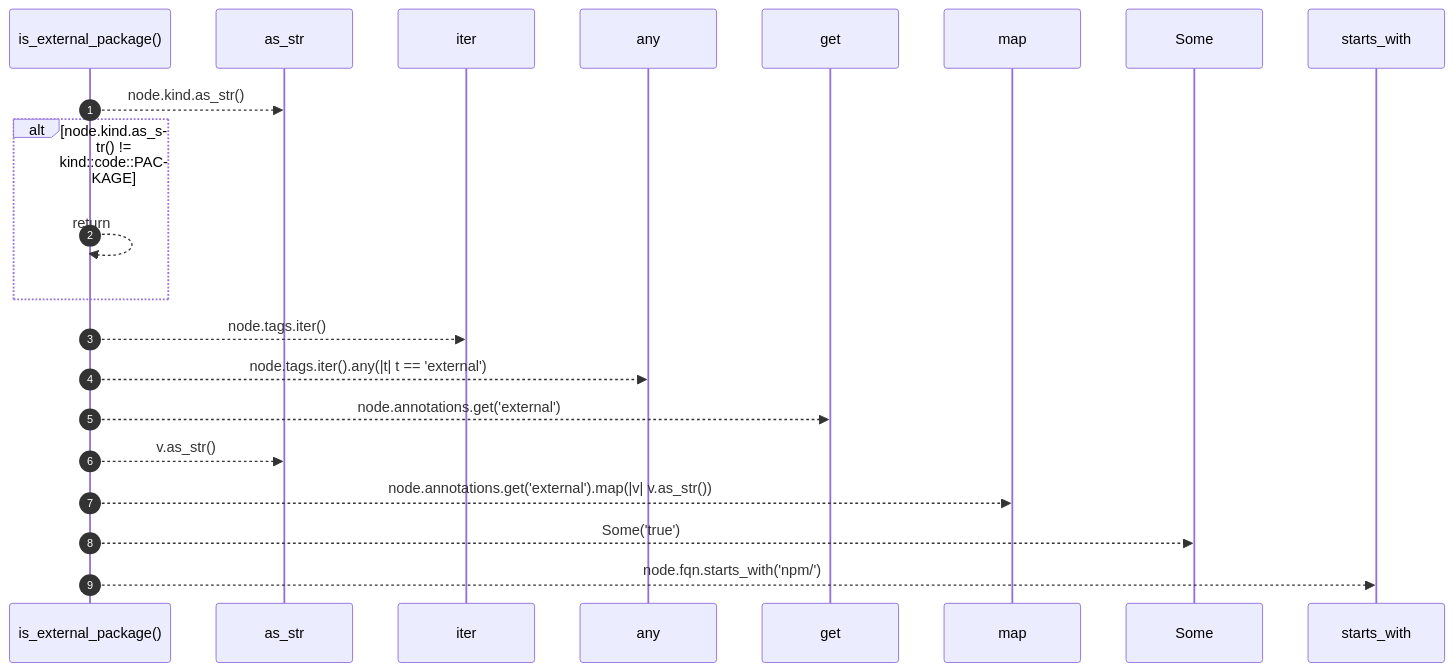
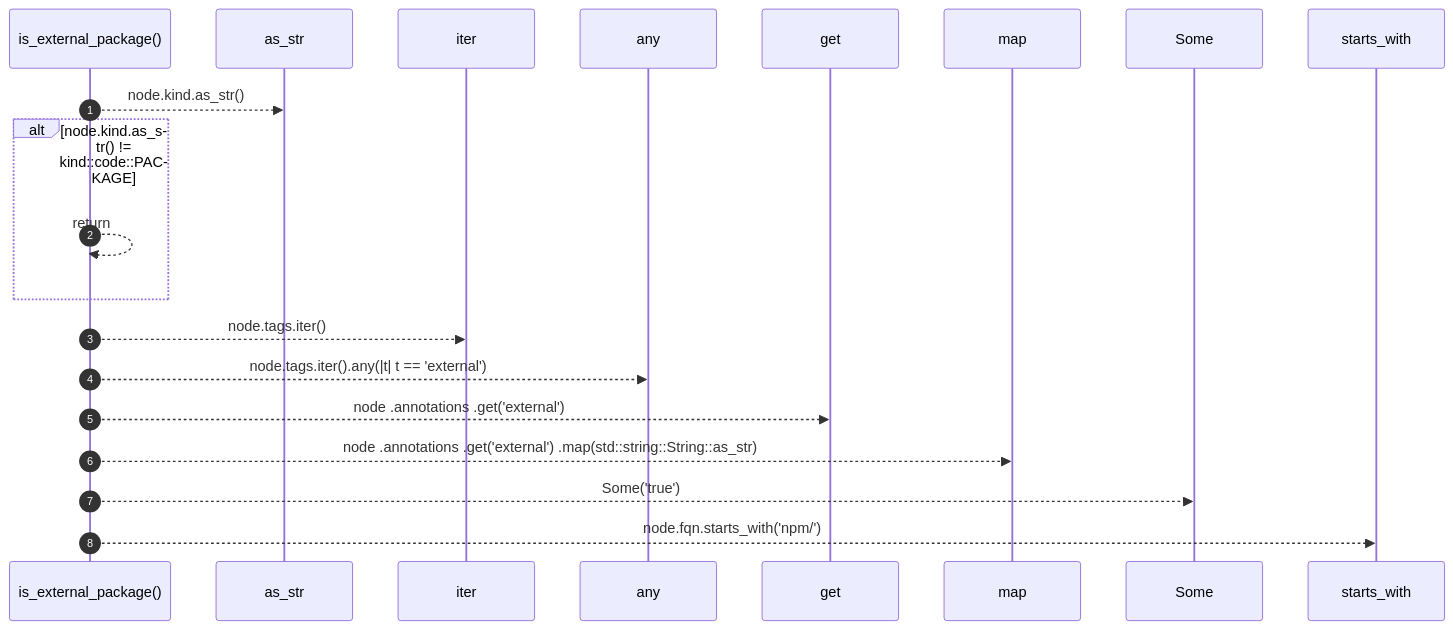
Before and after one commit to RyanGuild/self-describing-code: the diagram in docs/self-model/robby_render/view/externals/is-external-package.md, drawn with Mermaid. The commit also changed other lines of this file and 747 other files, not shown here.

````diff
--- a/docs/self-model/robby_render/view/externals/is-external-package.md
+++ b/docs/self-model/robby_render/view/externals/is-external-package.md
@@ -23,23 +27,22 @@
 ```mermaid
 sequenceDiagram
     autonumber
     participant is_external_package as is_external_package()
     participant as_str as as_str
     participant iter as iter
     participant any as any
     participant get as get
     participant map as map
     participant Some as Some
     participant starts_with as starts_with
     is_external_package-->>as_str: node.kind.as_str()
     alt node.kind.as_str() != kind::code::PACKAGE
     is_external_package-->>is_external_package: return
     end
     is_external_package-->>iter: node.tags.iter()
     is_external_package-->>any: node.tags.iter().any(|t| t == 'external')
-    is_external_package-->>get: node.annotations.get('external')
-    is_external_package-->>as_str: v.as_str()
-    is_external_package-->>map: node.annotations.get('external').map(|v| v.as_str())
+    is_external_package-->>get: node .annotations .get('external')
+    is_external_package-->>map: node .annotations .get('external') .map(std::string::String::as_str)
     is_external_package-->>Some: Some('true')
     is_external_package-->>starts_with: node.fqn.starts_with('npm/')
 ```
````
